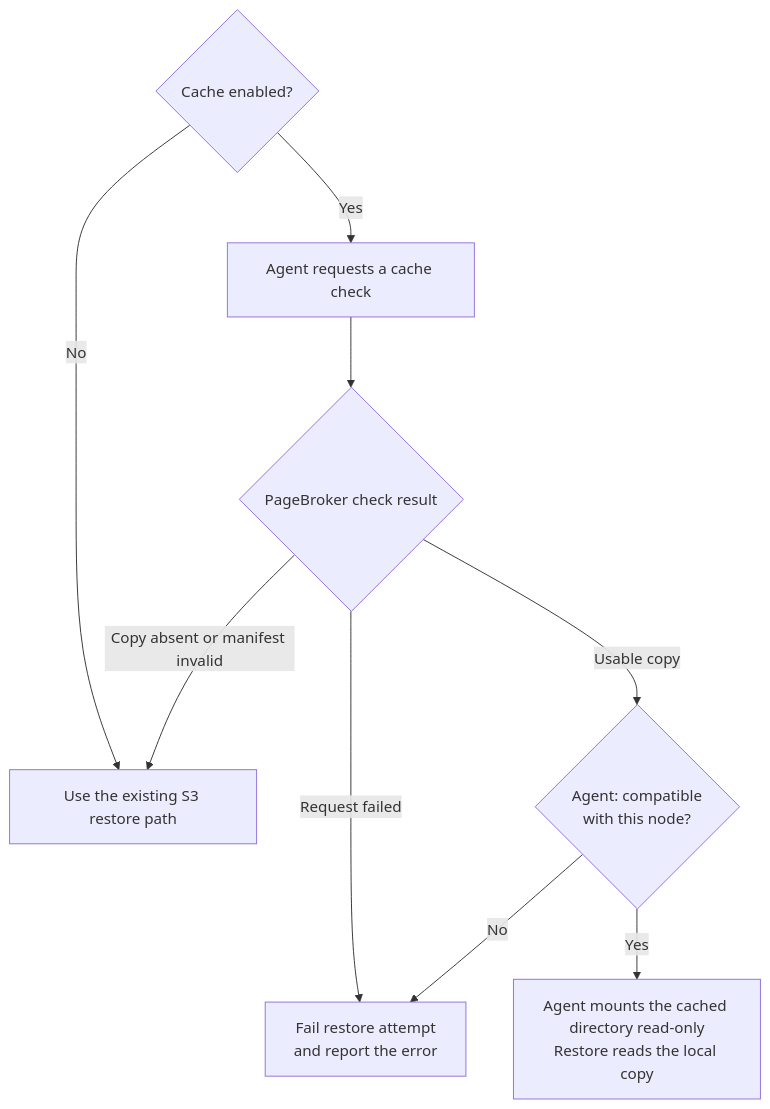
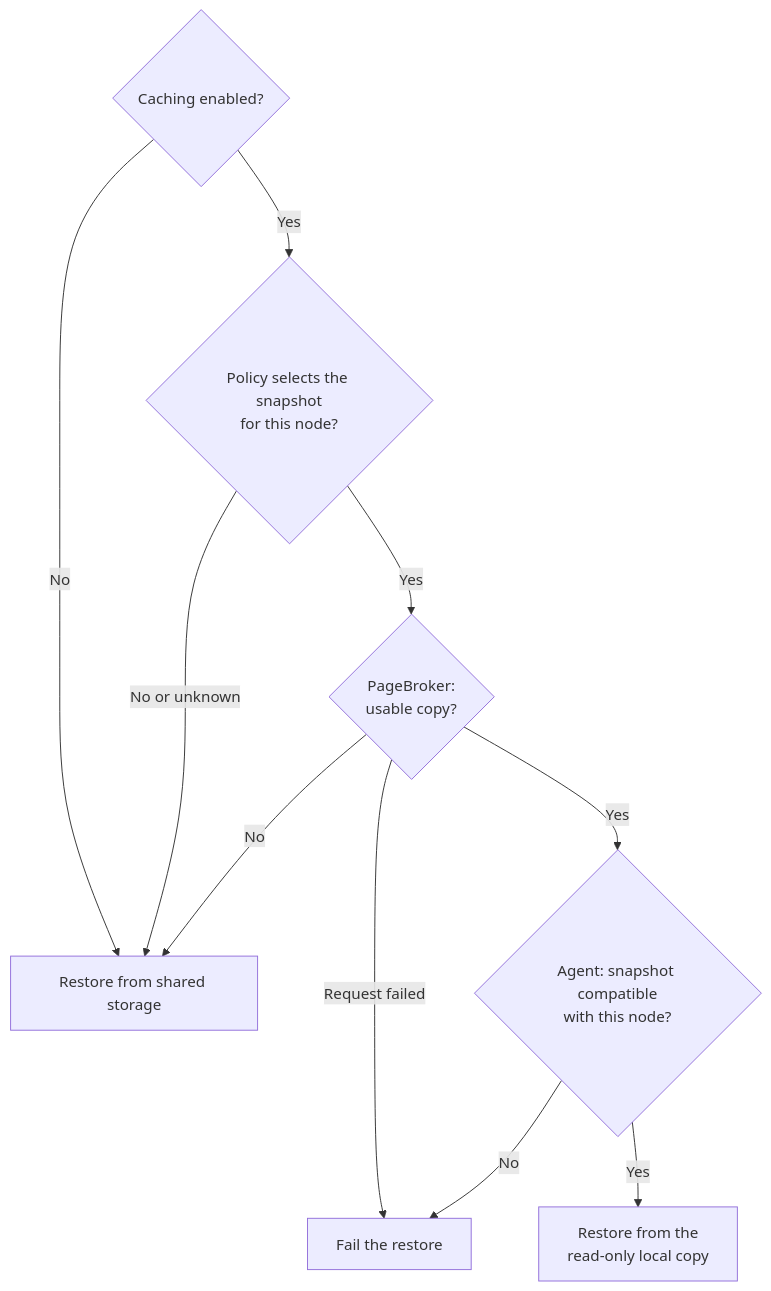
The first of 3 diagrams in docs/design/644-node-cache/README.md (ai-dynamo/snapshot), drawn with Mermaid before and after one commit. The commit also changed other lines of this file and 1 other file, not shown here.

Commit message:
docs(snep): address node cache design review

````diff
--- a/docs/design/644-node-cache/README.md
+++ b/docs/design/644-node-cache/README.md
@@ -231,11 +227,12 @@
 ```mermaid
 flowchart TD
-    B{"Cache enabled?"} -->|"No"| S["Use the existing S3 restore path"]
-    B -->|"Yes"| C["Agent requests a cache check"]
-    C --> D{"PageBroker check result"}
-    D -->|"Request failed"| E["Fail restore attempt<br/>and report the error"]
-    D -->|"Copy absent or manifest invalid"| S
-    D -->|"Usable copy"| F{"Agent: compatible<br/>with this node?"}
-    F -->|"No"| E
-    F -->|"Yes"| G["Agent mounts the cached directory read-only<br/>Restore reads the local copy"]
+    A{"Caching enabled?"} -->|No| S["Restore from shared storage"]
+    A -->|Yes| N{"Policy selects the snapshot<br/>for this node?"}
+    N -->|No or unknown| S
+    N -->|Yes| B{"PageBroker:<br/>usable copy?"}
+    B -->|No| S
+    B -->|Request failed| F["Fail the restore"]
+    B -->|Yes| C{"Agent: snapshot compatible<br/>with this node?"}
+    C -->|No| F
+    C -->|Yes| L["Restore from the<br/>read-only local copy"]
 ```
````
